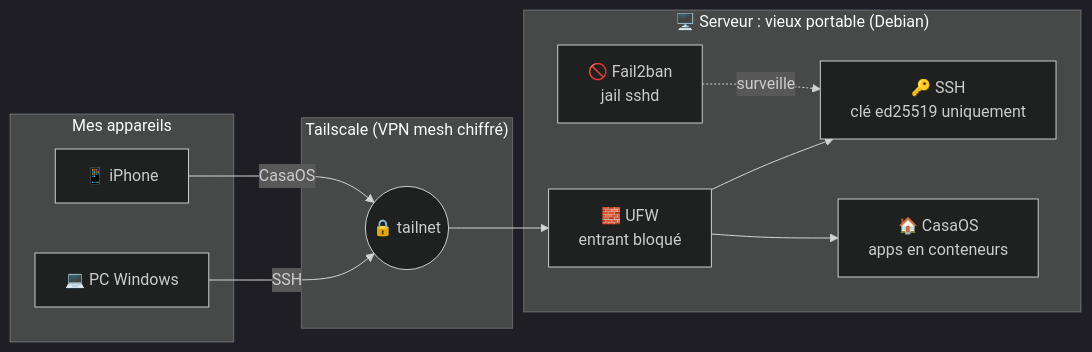
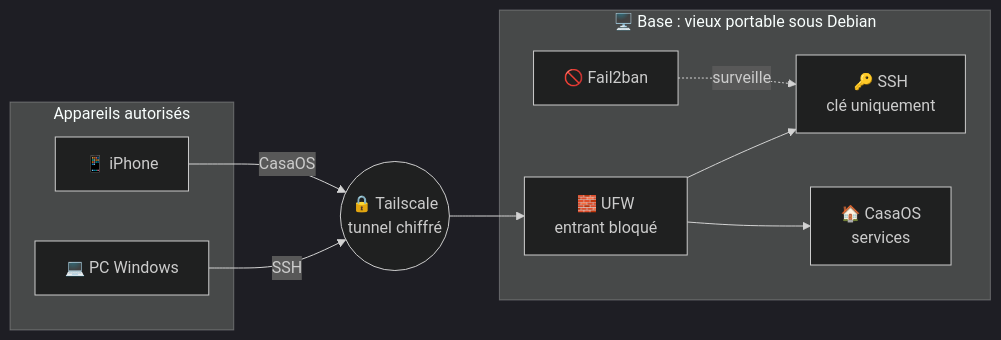
Before and after one commit to johangsmt-boop/johangsmt-boop: the diagram in README.md, drawn with Mermaid (dark theme). The commit also changed other lines of this file, not shown here.

````diff
--- a/README.md
+++ b/README.md
@@ -90,25 +105,23 @@
 ```mermaid
 flowchart LR
-    subgraph CLIENTS["Mes appareils"]
+    subgraph AGENTS["Appareils autorisés"]
         PC["💻 PC Windows"]
         PH["📱 iPhone"]
     end
 
-    subgraph NET["Tailscale (VPN mesh chiffré)"]
-        TS(("🔒 tailnet"))
-    end
+    TS(("🔒 Tailscale<br/>tunnel chiffré"))
 
-    subgraph SRV["🖥️ Serveur : vieux portable (Debian)"]
+    subgraph BASE["🖥️ Base : vieux portable sous Debian"]
         FW["🧱 UFW<br/>entrant bloqué"]
-        F2B["🚫 Fail2ban<br/>jail sshd"]
-        SSH["🔑 SSH<br/>clé ed25519 uniquement"]
-        CASA["🏠 CasaOS<br/>apps en conteneurs"]
+        SSH["🔑 SSH<br/>clé uniquement"]
+        CASA["🏠 CasaOS<br/>services"]
+        F2B["🚫 Fail2ban"]
     end
 
     PC -->|SSH| TS
     PH -->|CasaOS| TS
     TS --> FW
     FW --> SSH
     FW --> CASA
     F2B -.surveille.-> SSH
 ```
````
